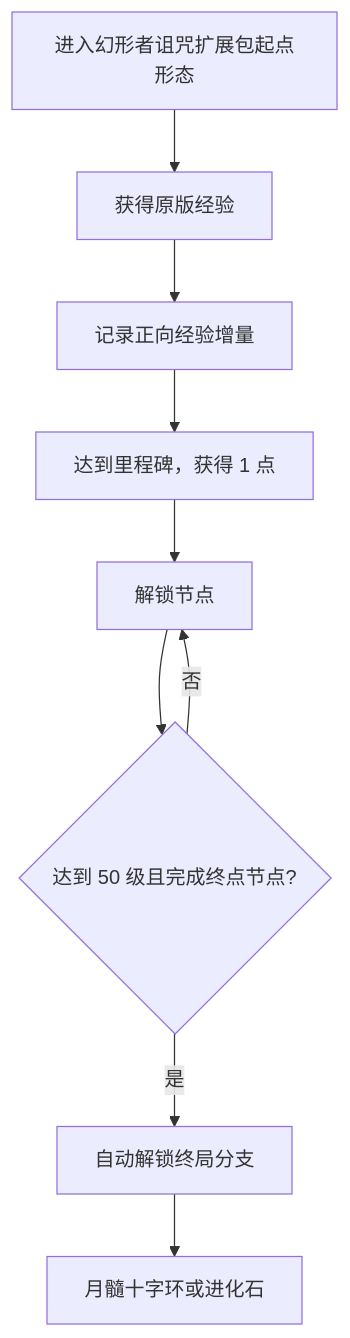
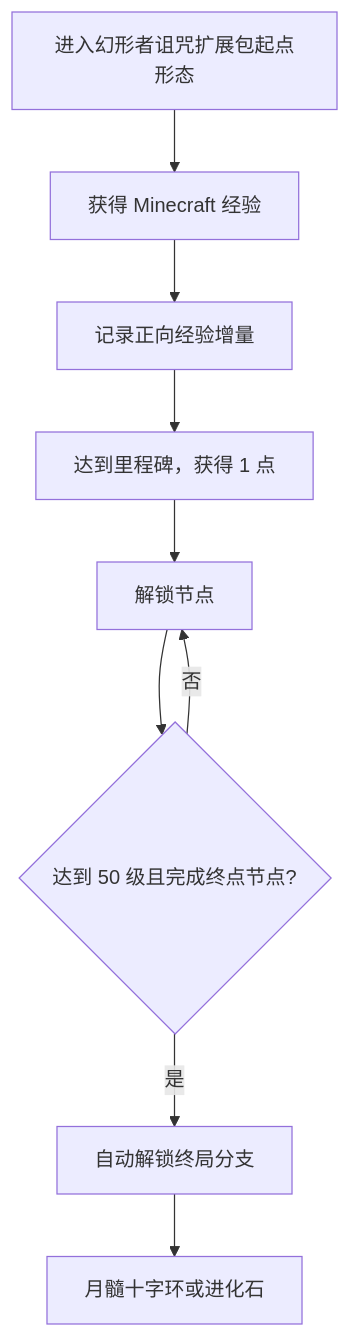
The first of 3 diagrams in docs/addons/ssca/systems/evolution.md (LynxCatTheThird/SSC-wiki), drawn with Mermaid before and after one commit. The commit also changed other lines of this file and 81 other files, not shown here.

````diff
--- a/docs/addons/ssca/systems/evolution.md
+++ b/docs/addons/ssca/systems/evolution.md
@@ -11,11 +11,11 @@
 ```mermaid
 flowchart TD
-  A[进入幻形者诅咒扩展包起点形态] --> B[获得原版经验]
+  A[进入幻形者诅咒扩展包起点形态] --> B[获得 Minecraft 经验]
   B --> C[记录正向经验增量]
   C --> D[达到里程碑，获得 1 点]
   D --> E[解锁节点]
   E --> F{达到 50 级且完成终点节点?}
   F -- 否 --> E
   F -- 是 --> G[自动解锁终局分支]
   G --> H[月髓十字环或进化石]
 ```
````
